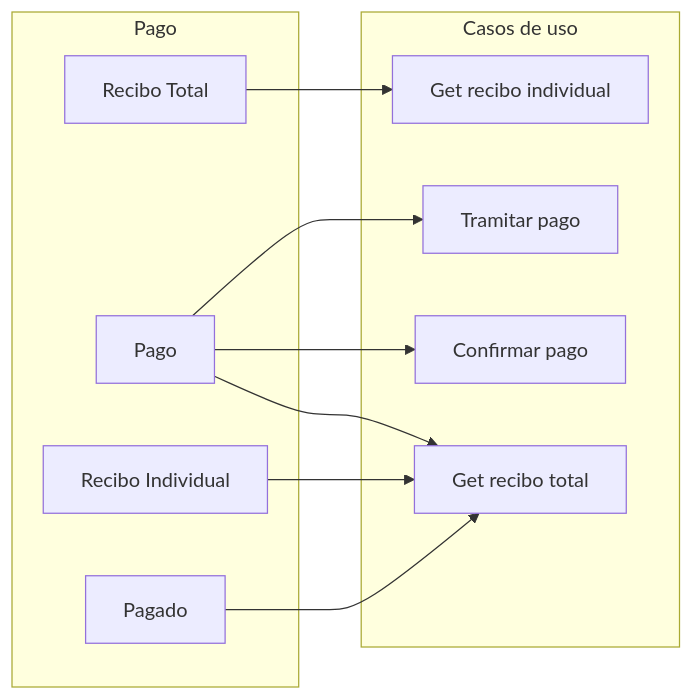
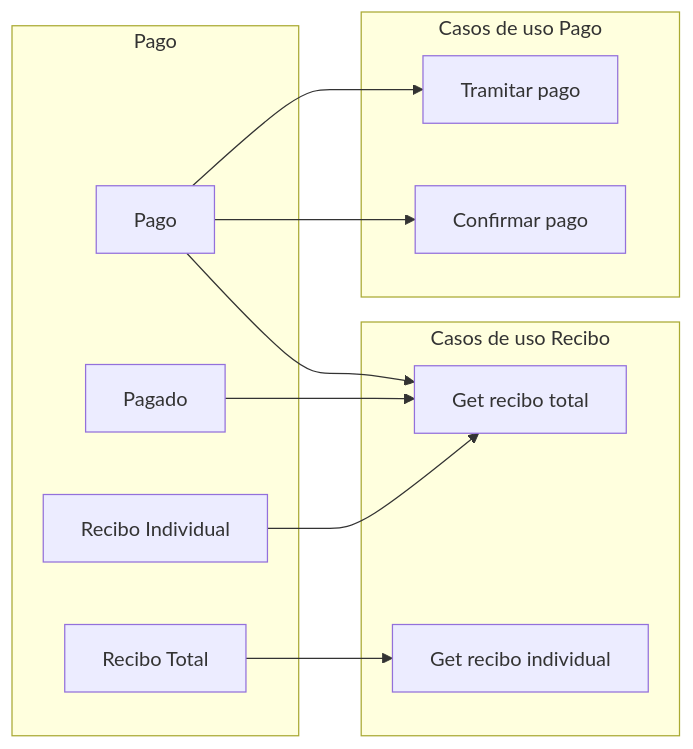
One commit to pabenito/QRest changed diagram 11 of 16 in documentacion/requisitos/diagramas_de_flujo.md. Above: the diagram before and after it, drawn with Mermaid. The commit also changed other lines of this file, not shown here.

Commit message:
Trazabilidad de casos de uso y repositorios

````diff
--- a/documentacion/requisitos/diagramas_de_flujo.md
+++ b/documentacion/requisitos/diagramas_de_flujo.md
@@ -169,21 +228,24 @@
 ```mermaid
 flowchart LR
     subgraph g_pago[Pago]
         recibo_total[Recibo Total]
         pago[Pago]
         recibo_individual[Recibo Individual]
         pagado[Pagado]
     end
-    subgraph casos_de_uso[Casos de uso]
+    subgraph casos_de_uso_recibo[Casos de uso Recibo]
+        get_recibo_total[Get recibo total]
         get_recibo_individual[Get recibo individual]
-        get_recibo_total[Get recibo total]
+
+    end
+    subgraph casos_de_uso_pago[Casos de uso Pago]
         tramitar_pago[Tramitar pago]
         confirmar_pago[Confirmar pago]
     end
     recibo_total --> get_recibo_individual
     recibo_individual --> get_recibo_total
+    pagado --> get_recibo_total
     pago --> tramitar_pago
     pago --> confirmar_pago
     pago --> get_recibo_total
-    pagado --> get_recibo_total
 ```
````
